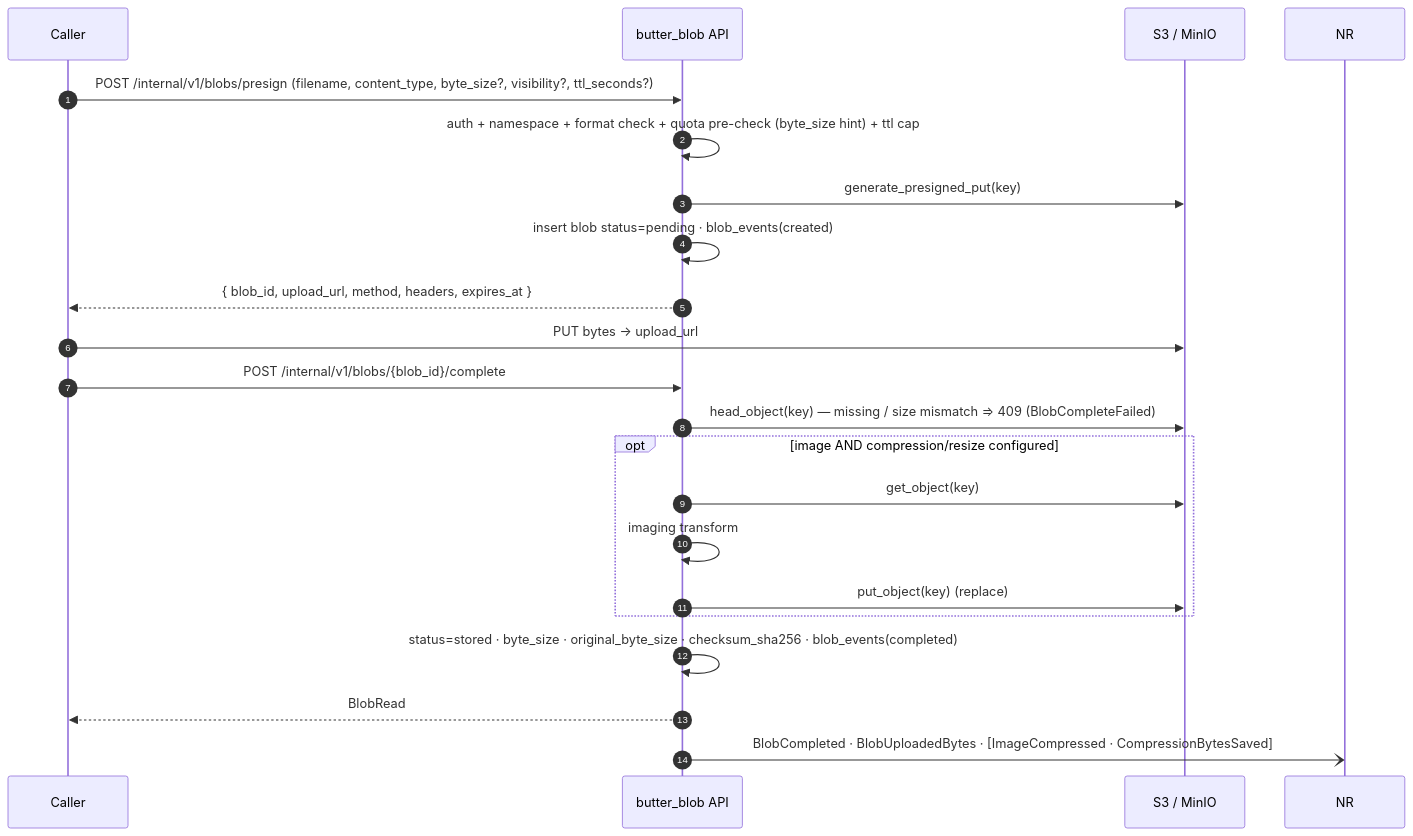
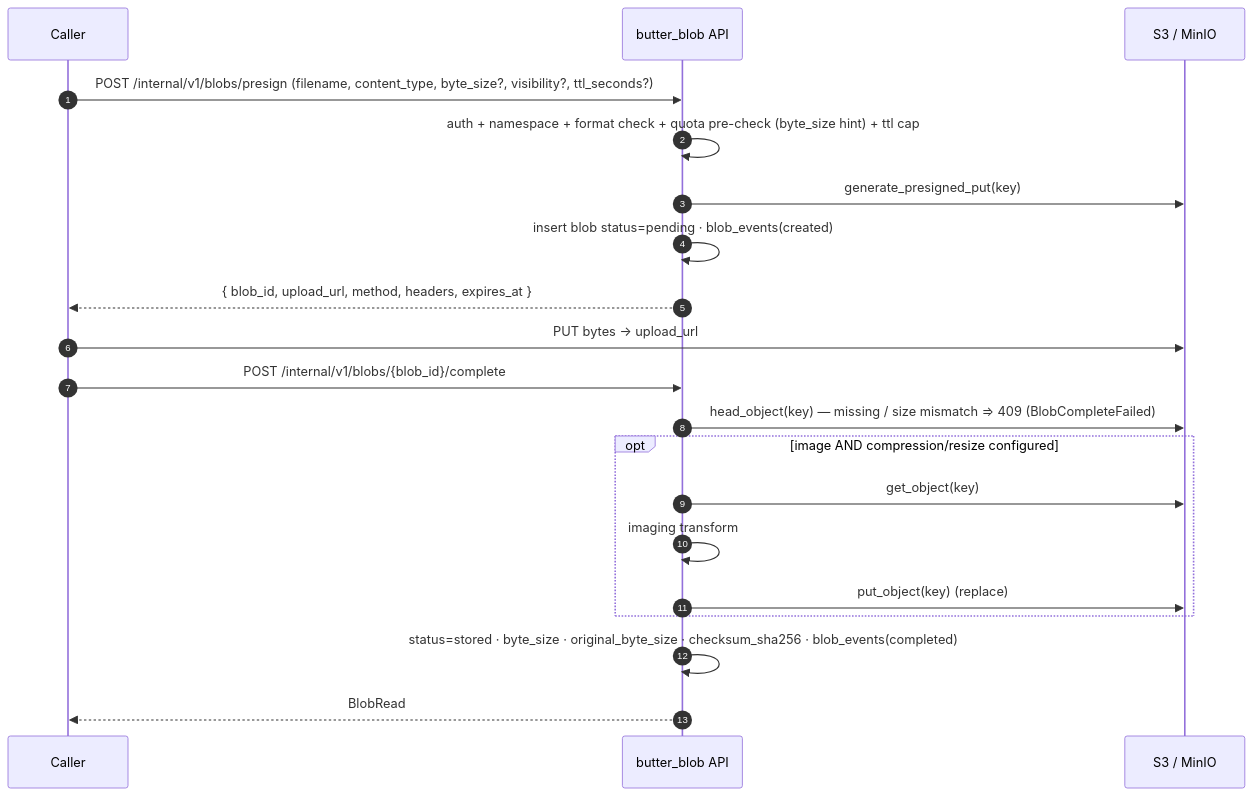
The third of 6 diagrams in docs/spec.md (acidevbutter/butter_blob), drawn with Mermaid before and after one commit. The commit also changed other lines of this file and 28 other files, not shown here.

````diff
--- a/docs/spec.md
+++ b/docs/spec.md
@@ -111,24 +108,23 @@
 ```mermaid
 sequenceDiagram
     autonumber
     participant C as Caller
     participant A as butter_blob API
     participant S as S3 / MinIO
 
     C->>A: POST /internal/v1/blobs/presign (filename, content_type, byte_size?, visibility?, ttl_seconds?)
     A->>A: auth + namespace + format check + quota pre-check (byte_size hint) + ttl cap
     A->>S: generate_presigned_put(key)
     A->>A: insert blob status=pending · blob_events(created)
     A-->>C: { blob_id, upload_url, method, headers, expires_at }
     C->>S: PUT bytes → upload_url
     C->>A: POST /internal/v1/blobs/{blob_id}/complete
     A->>S: head_object(key) — missing / size mismatch ⇒ 409 (BlobCompleteFailed)
     opt image AND compression/resize configured
         A->>S: get_object(key)
         A->>A: imaging transform
         A->>S: put_object(key)  (replace)
     end
     A->>A: status=stored · byte_size · original_byte_size · checksum_sha256 · blob_events(completed)
     A-->>C: BlobRead
-    A-)NR: BlobCompleted · BlobUploadedBytes · [ImageCompressed · CompressionBytesSaved]
 ```
````
